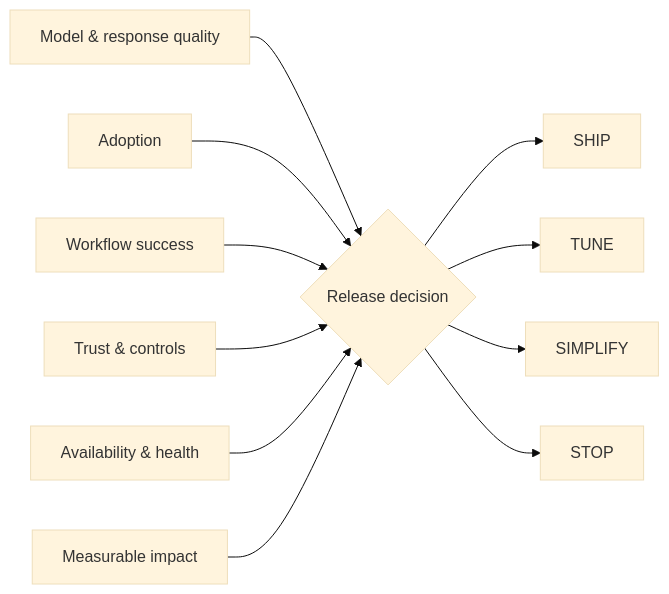
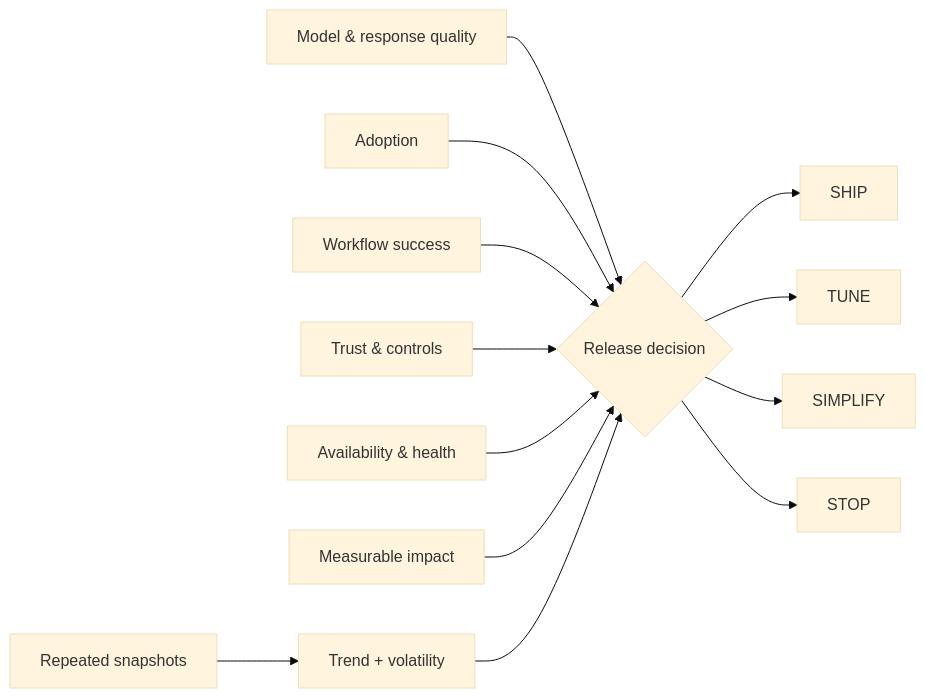
Before and after one commit to AshIntelligence/agenticmine: the diagram in projects/mautam-eval-lab/README.md, drawn with Mermaid (base theme). The commit also changed other lines of this file, not shown here.

````diff
--- a/projects/mautam-eval-lab/README.md
+++ b/projects/mautam-eval-lab/README.md
@@ -20,13 +29,15 @@
 ```mermaid
 flowchart LR
   Q[Model & response quality] --> D{Release decision}
   A[Adoption] --> D
   U[Workflow success] --> D
   T[Trust & controls] --> D
   H[Availability & health] --> D
   I[Measurable impact] --> D
   D --> S[SHIP]
   D --> N[TUNE]
   D --> M[SIMPLIFY]
   D --> X[STOP]
+  W[Repeated snapshots] --> V[Trend + volatility]
+  V --> D
 ```
````
